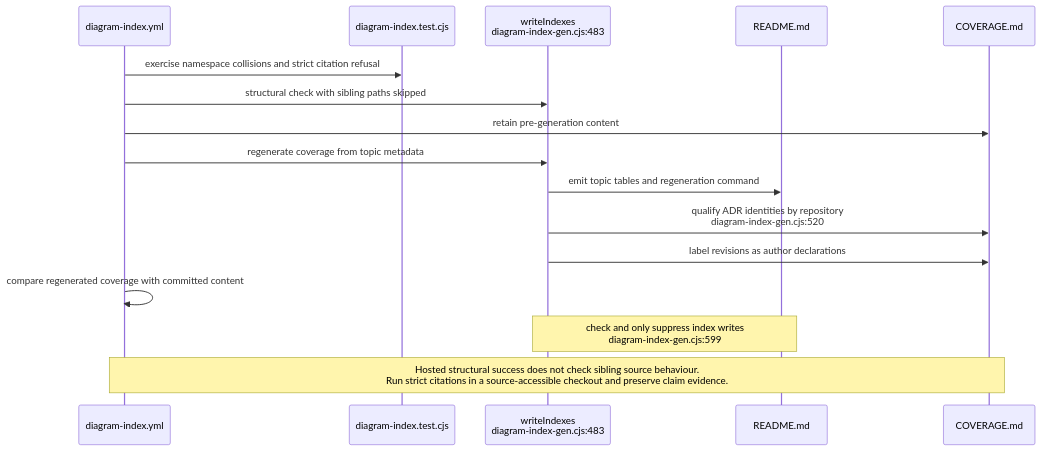
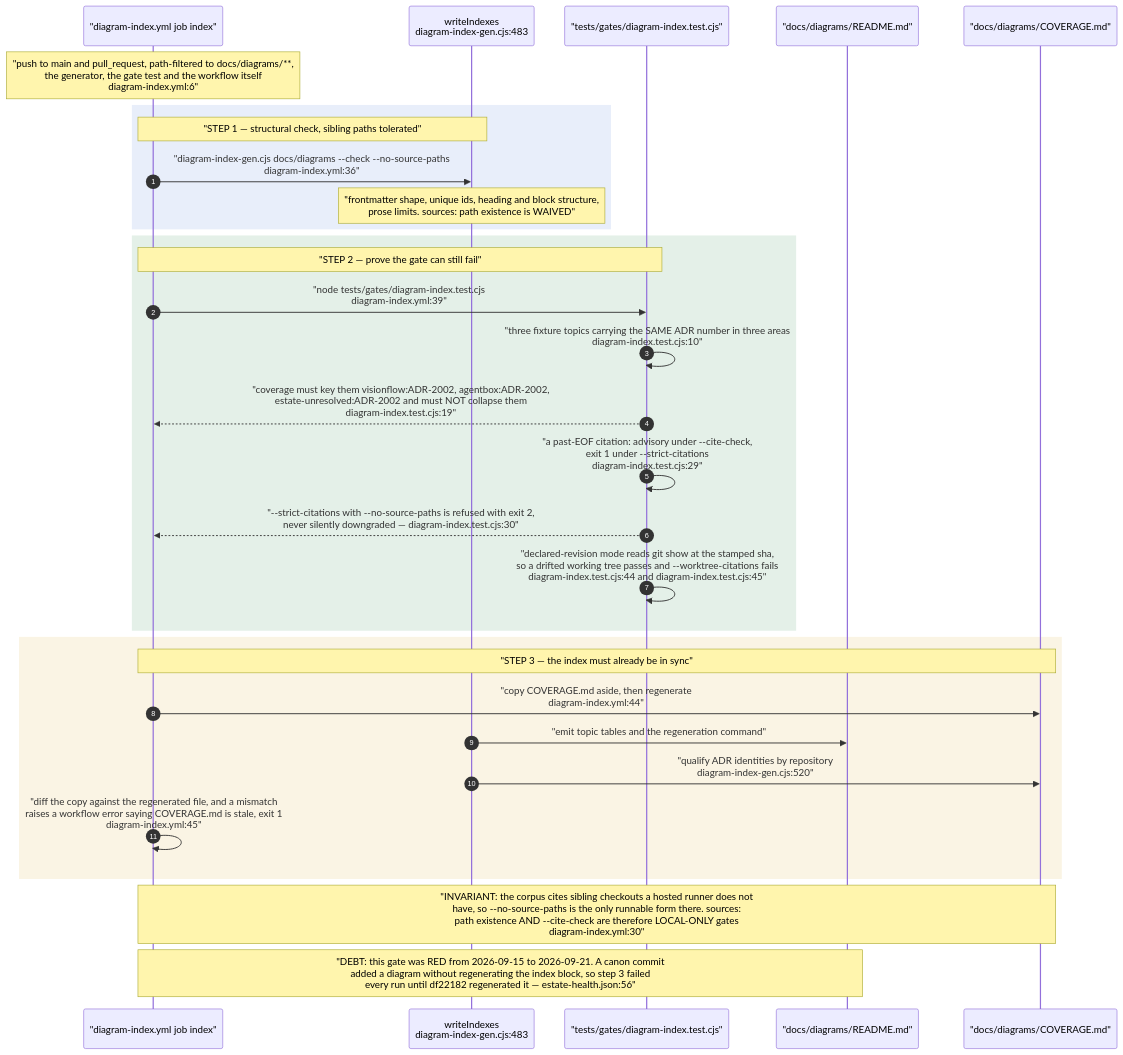
Before and after one commit to DreamLab-AI/VisionFlow: diagram 12 of 14 in docs/diagrams/visionflow/06-diagram-tooling.md, drawn with Mermaid. The commit also changed other lines of this file and 7 other files, not shown here.

````diff
--- a/docs/diagrams/visionflow/06-diagram-tooling.md
+++ b/docs/diagrams/visionflow/06-diagram-tooling.md
@@ -356,18 +360,38 @@
 ```mermaid
 sequenceDiagram
-    participant CI as diagram-index.yml
-    participant T as diagram-index.test.cjs
+    autonumber
+    participant CI as "diagram-index.yml job index"
     participant G as writeIndexes<br/>diagram-index-gen.cjs:483
-    participant RM as README.md
-    participant CV as COVERAGE.md
-    CI->>T: exercise namespace collisions and strict citation refusal
-    CI->>G: structural check with sibling paths skipped
-    CI->>CV: retain pre-generation content
-    CI->>G: regenerate coverage from topic metadata
-    G->>RM: emit topic tables and regeneration command
-    G->>CV: qualify ADR identities by repository<br/>diagram-index-gen.cjs:520
-    G->>CV: label revisions as author declarations
-    CI->>CI: compare regenerated coverage with committed content
-    Note over G,RM: check and only suppress index writes<br/>diagram-index-gen.cjs:599
-    Note over CI,CV: Hosted structural success does not check sibling source behaviour.<br/>Run strict citations in a source-accessible checkout and preserve claim evidence.
+    participant T as "tests/gates/diagram-index.test.cjs"
+    participant RM as "docs/diagrams/README.md"
+    participant CV as "docs/diagrams/COVERAGE.md"
+
+    Note over CI: "push to main and pull_request, path-filtered to docs/diagrams/**,<br/>the generator, the gate test and the workflow itself<br/>diagram-index.yml:6"
+
+    rect rgb(232, 238, 250)
+    Note over CI,G: "STEP 1 — structural check, sibling paths tolerated"
+    CI->>G: "diagram-index-gen.cjs docs/diagrams --check --no-source-paths<br/>diagram-index.yml:36"
+    Note over G: "frontmatter shape, unique ids, heading and block structure,<br/>prose limits. sources: path existence is WAIVED"
+    end
+
+    rect rgb(228, 240, 232)
+    Note over CI,T: "STEP 2 — prove the gate can still fail"
+    CI->>T: "node tests/gates/diagram-index.test.cjs<br/>diagram-index.yml:39"
+    T->>T: "three fixture topics carrying the SAME ADR number in three areas<br/>diagram-index.test.cjs:10"
+    T-->>CI: "coverage must key them visionflow:ADR-2002, agentbox:ADR-2002,<br/>estate-unresolved:ADR-2002 and must NOT collapse them<br/>diagram-index.test.cjs:19"
+    T->>T: "a past-EOF citation: advisory under --cite-check,<br/>exit 1 under --strict-citations<br/>diagram-index.test.cjs:29"
+    T-->>CI: "--strict-citations with --no-source-paths is refused with exit 2,<br/>never silently downgraded — diagram-index.test.cjs:30"
+    T->>T: "declared-revision mode reads git show at the stamped sha,<br/>so a drifted working tree passes and --worktree-citations fails<br/>diagram-index.test.cjs:44 and diagram-index.test.cjs:45"
+    end
+
+    rect rgb(250, 244, 228)
+    Note over CI,CV: "STEP 3 — the index must already be in sync"
+    CI->>CV: "copy COVERAGE.md aside, then regenerate<br/>diagram-index.yml:44"
+    G->>RM: "emit topic tables and the regeneration command"
+    G->>CV: "qualify ADR identities by repository<br/>diagram-index-gen.cjs:520"
+    CI->>CI: "diff the copy against the regenerated file, and a mismatch<br/>raises a workflow error saying COVERAGE.md is stale, exit 1<br/>diagram-index.yml:45"
+    end
+
+    Note over CI,CV: "INVARIANT: the corpus cites sibling checkouts a hosted runner does not<br/>have, so --no-source-paths is the only runnable form there. sources:<br/>path existence AND --cite-check are therefore LOCAL-ONLY gates<br/>diagram-index.yml:30"
+    Note over CI,RM: "DEBT: this gate was RED from 2026-09-15 to 2026-09-21. A canon commit<br/>added a diagram without regenerating the index block, so step 3 failed<br/>every run until df22182 regenerated it — estate-health.json:56"
 ```
````
